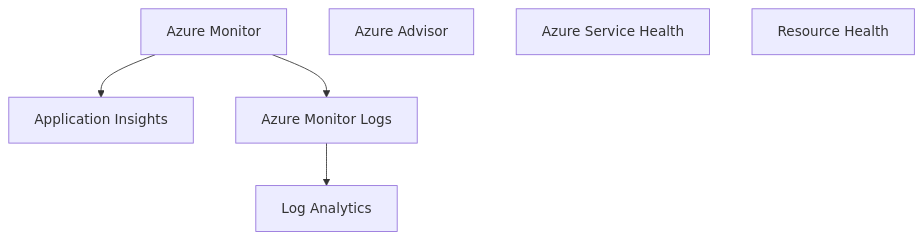
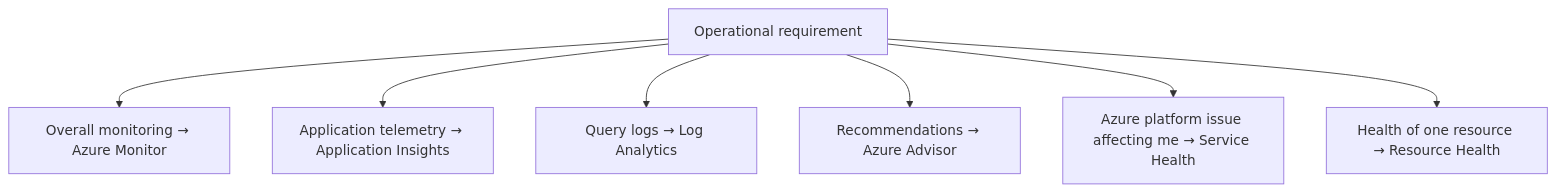
One commit to zhyordanova/azure-fundamentals-handbook changed the tenth of 14 diagrams in exam/concept-map/concept-map.md. Above: the diagram before and after it, drawn with Mermaid. The commit also changed other lines of this file and 1 other file, not shown here.

````diff
--- a/exam/concept-map/concept-map.md
+++ b/exam/concept-map/concept-map.md
@@ -306,17 +341,10 @@
 ```mermaid
 flowchart TD
-
-    MON["Azure Monitor"]
-
-    MON --> AI["Application Insights"]
-
-    MON --> LOGS["Azure Monitor Logs"]
-
-    LOGS --> LA["Log Analytics"]
-
-    ADV["Azure Advisor"]
-
-    SH["Azure Service Health"]
-
-    RH["Resource Health"]
+    A["Operational requirement"]
+    A --> MON["Overall monitoring → Azure Monitor"]
+    A --> AI["Application telemetry → Application Insights"]
+    A --> LOG["Query logs → Log Analytics"]
+    A --> ADV["Recommendations → Azure Advisor"]
+    A --> SH["Azure platform issue affecting me → Service Health"]
+    A --> RH["Health of one resource → Resource Health"]
 ```
````
